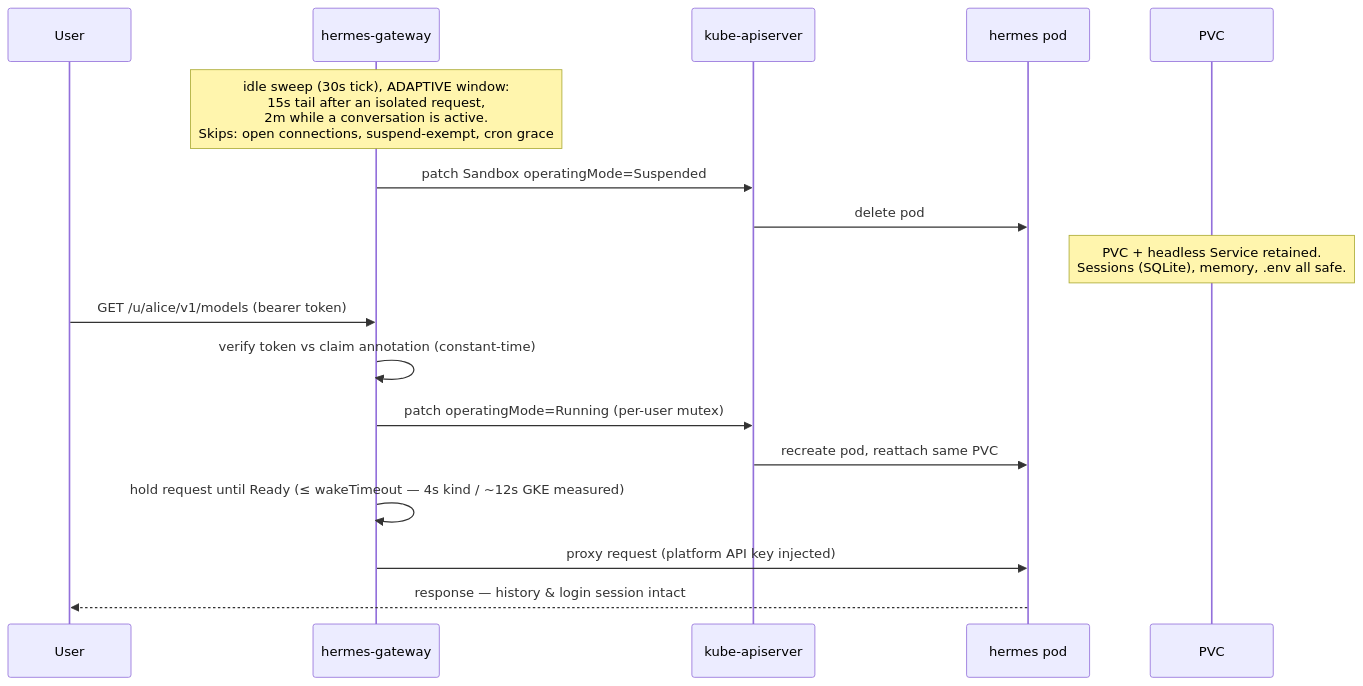
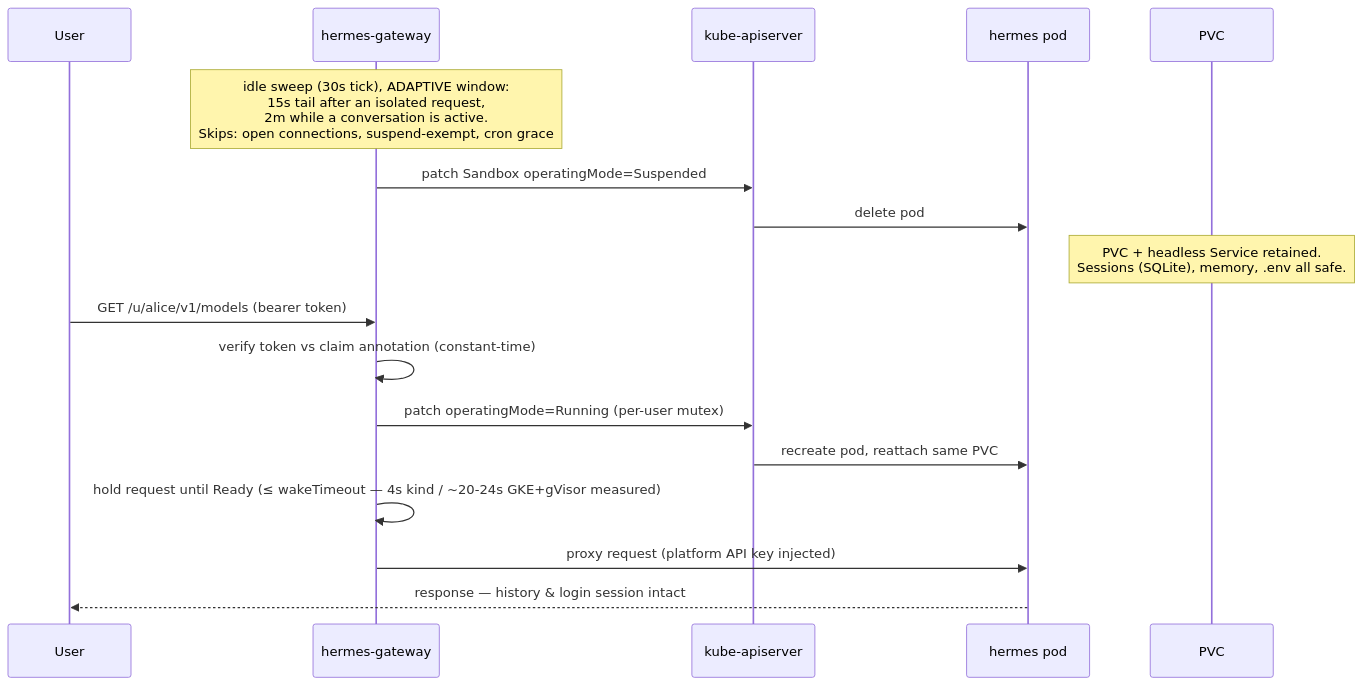
The third of 4 diagrams in README.md (aditya-shantanu/ai-agent-service), drawn with Mermaid before and after one commit. The commit also changed other lines of this file and 12 other files, not shown here.

First line of the commit message:
gVisor sandbox hardening (M9): agents run under GKE Sandbox by default

````diff
--- a/README.md
+++ b/README.md
@@ -140,21 +140,21 @@
 ```mermaid
 sequenceDiagram
     participant User
     participant GW as hermes-gateway
     participant K8s as kube-apiserver
     participant Pod as hermes pod
     participant PVC
 
     Note over GW: idle sweep (30s tick), ADAPTIVE window:<br/>15s tail after an isolated request,<br/>2m while a conversation is active.<br/>Skips: open connections, suspend-exempt, cron grace
     GW->>K8s: patch Sandbox operatingMode=Suspended
     K8s->>Pod: delete pod
     Note over PVC: PVC + headless Service retained.<br/>Sessions (SQLite), memory, .env all safe.
 
     User->>GW: GET /u/alice/v1/models (bearer token)
     GW->>GW: verify token vs claim annotation (constant-time)
     GW->>K8s: patch operatingMode=Running (per-user mutex)
     K8s->>Pod: recreate pod, reattach same PVC
-    GW->>GW: hold request until Ready (≤ wakeTimeout — 4s kind / ~12s GKE measured)
+    GW->>GW: hold request until Ready (≤ wakeTimeout — 4s kind / ~20-24s GKE+gVisor measured)
     GW->>Pod: proxy request (platform API key injected)
     Pod-->>User: response — history & login session intact
 ```
````
